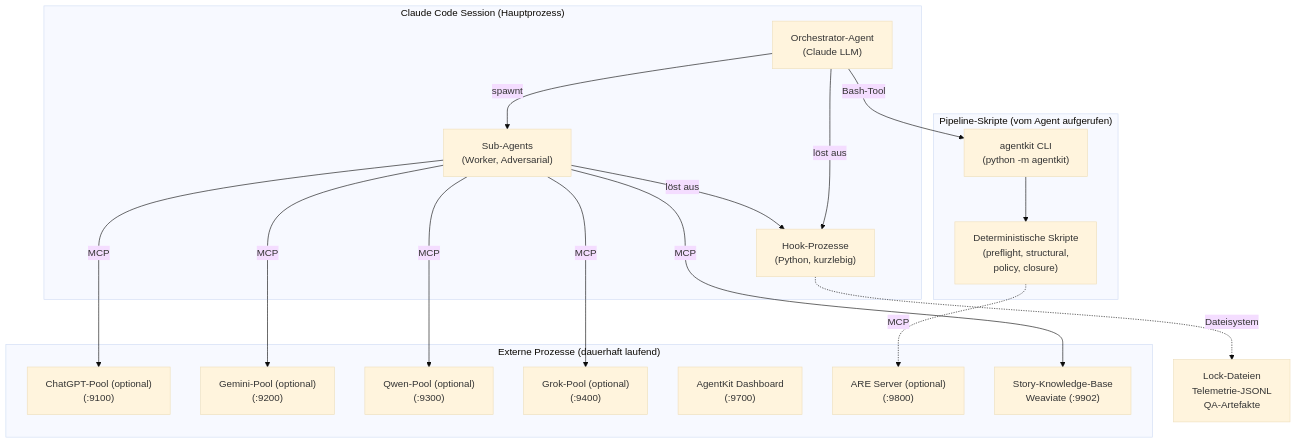
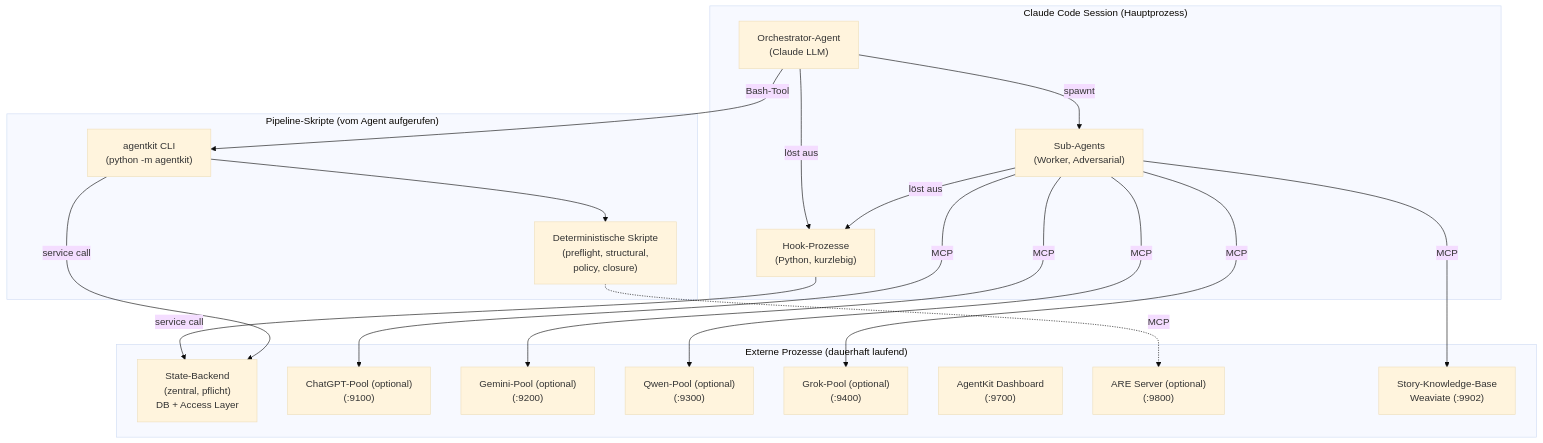
The first of 2 diagrams in concept/technical-design/10_runtime_deployment_speicher.md (saltenhof/claude-agentkit3), drawn with Mermaid (base theme) before and after one commit. The commit also changed other lines of this file and 26 other files, not shown here.

Commit message:
Refine AgentKit 3 architecture concepts

````diff
--- a/concept/technical-design/10_runtime_deployment_speicher.md
+++ b/concept/technical-design/10_runtime_deployment_speicher.md
@@ -34,37 +36,39 @@
 ```mermaid
 graph TB
     subgraph SESSION["Claude Code Session (Hauptprozess)"]
         ORCH["Orchestrator-Agent<br/>(Claude LLM)"]
         HOOKS["Hook-Prozesse<br/>(Python, kurzlebig)"]
         SUBAGENTS["Sub-Agents<br/>(Worker, Adversarial)"]
 
         ORCH -->|"spawnt"| SUBAGENTS
         ORCH -->|"löst aus"| HOOKS
         SUBAGENTS -->|"löst aus"| HOOKS
     end
 
     subgraph PIPELINE["Pipeline-Skripte (vom Agent aufgerufen)"]
         CLI["agentkit CLI<br/>(python -m agentkit)"]
         SCRIPTS["Deterministische Skripte<br/>(preflight, structural,<br/>policy, closure)"]
     end
 
     subgraph EXTERN["Externe Prozesse (dauerhaft laufend)"]
+        STATE["State-Backend<br/>(zentral, pflicht)<br/>DB + Access Layer"]
         POOL_C["ChatGPT-Pool (optional)<br/>(:9100)"]
         POOL_G["Gemini-Pool (optional)<br/>(:9200)"]
         POOL_Q["Qwen-Pool (optional)<br/>(:9300)"]
         POOL_X["Grok-Pool (optional)<br/>(:9400)"]
         DASHBOARD["AgentKit Dashboard<br/>(:9700)"]
         ARE_EXT["ARE Server (optional)<br/>(:9800)"]
         WEAVIATE["Story-Knowledge-Base<br/>Weaviate (:9902)"]
     end
 
     ORCH -->|"Bash-Tool"| CLI
     CLI --> SCRIPTS
-    HOOKS -.->|"Dateisystem"| LOCKFILES["Lock-Dateien<br/>Telemetrie-JSONL<br/>QA-Artefakte"]
+    HOOKS -->|"service call"| STATE
+    CLI -->|"service call"| STATE
     SUBAGENTS -->|"MCP"| POOL_C
     SUBAGENTS -->|"MCP"| POOL_G
     SUBAGENTS -->|"MCP"| POOL_Q
     SUBAGENTS -->|"MCP"| POOL_X
     SUBAGENTS -->|"MCP"| WEAVIATE
     SCRIPTS -.->|"MCP"| ARE_EXT
 ```
````
